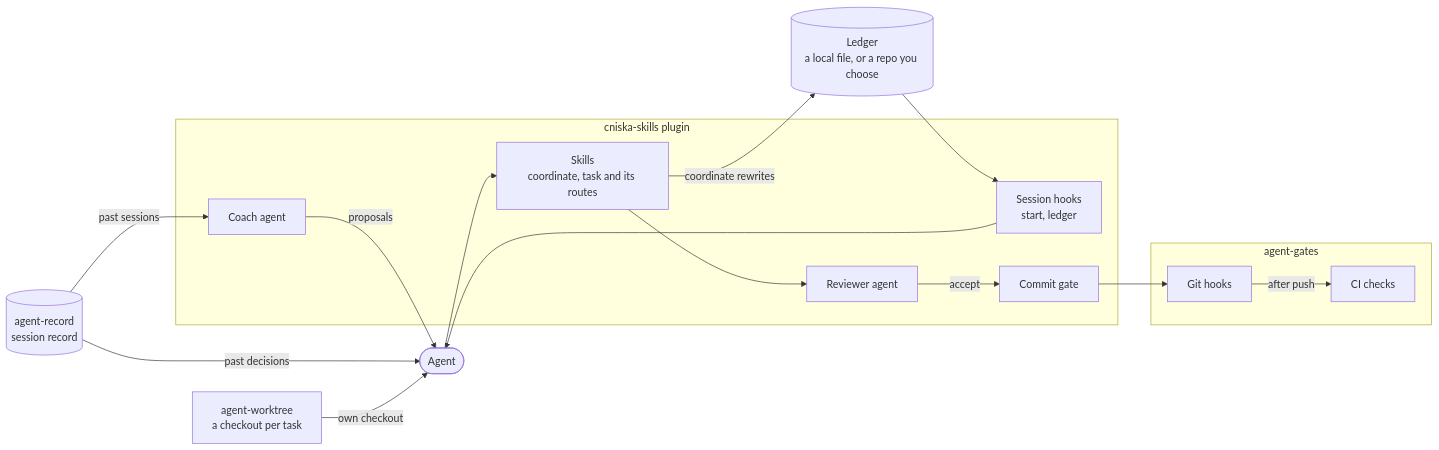
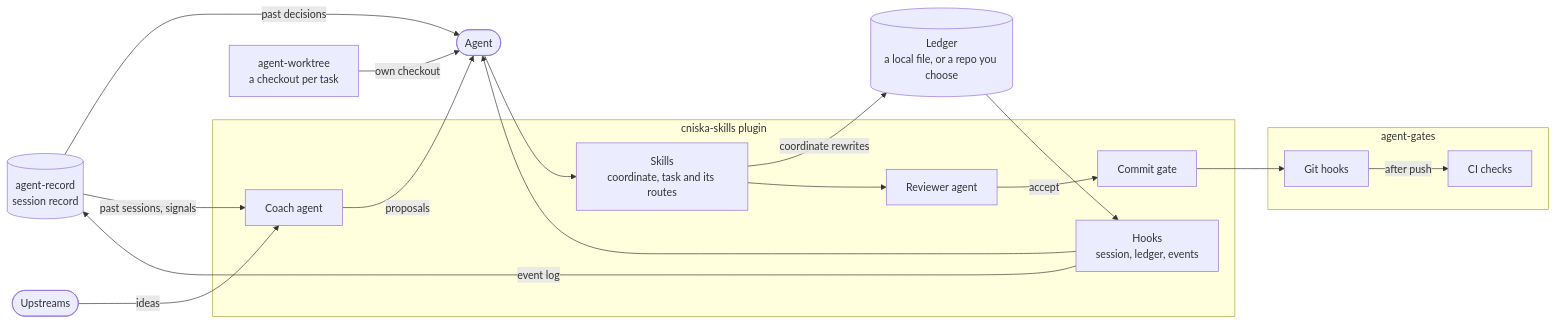
Before and after one commit to cniska/agent-skills: the third of 4 diagrams in README.md, drawn with Mermaid. The commit also changed other lines of this file, not shown here.

````diff
--- a/README.md
+++ b/README.md
@@ -163,30 +212,33 @@
 ```mermaid
 flowchart LR
   rec[("agent-record<br/>session record")]
+  ups(["Upstreams"])
   wt["agent-worktree<br/>a checkout per task"]
   ledger[("Ledger<br/>a local file, or a repo you choose")]
   agent(["Agent"])
   subgraph S["cniska-skills plugin"]
-    hook["Session hooks<br/>start, ledger"]
+    hook["Hooks<br/>session, ledger, events"]
     skills["Skills<br/>coordinate, task and its routes"]
     rev["Reviewer agent"]
     gate["Commit gate"]
     coach["Coach agent"]
   end
   subgraph G["agent-gates"]
     hooks["Git hooks"]
     ci["CI checks"]
   end
   ledger --> hook
   hook --> agent
   rec -- "past decisions" --> agent
   wt -- "own checkout" --> agent
   agent --> skills
   skills -- "coordinate rewrites" --> ledger
   skills --> rev
   rev -- "accept" --> gate
   gate --> hooks
   hooks -- "after push" --> ci
-  rec -- "past sessions" --> coach
+  hook -- "event log" --> rec
+  rec -- "past sessions, signals" --> coach
+  ups -- "ideas" --> coach
   coach -- "proposals" --> agent
 ```
````
